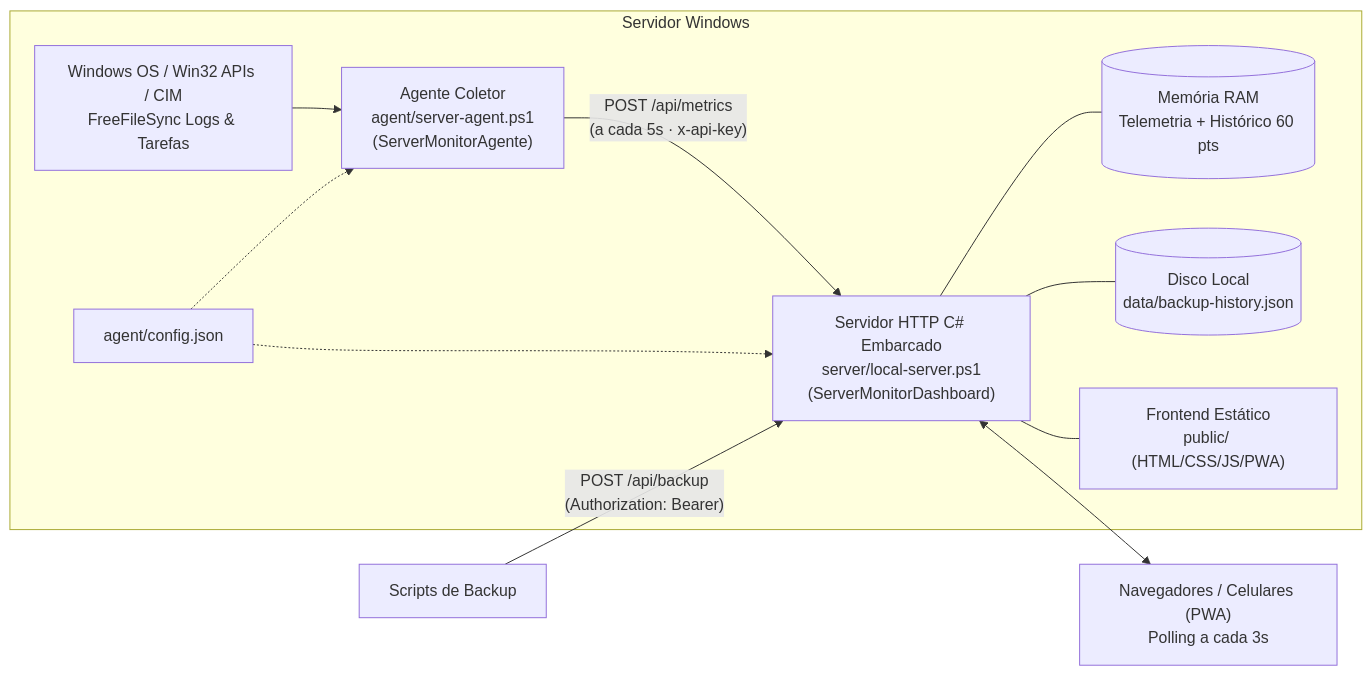
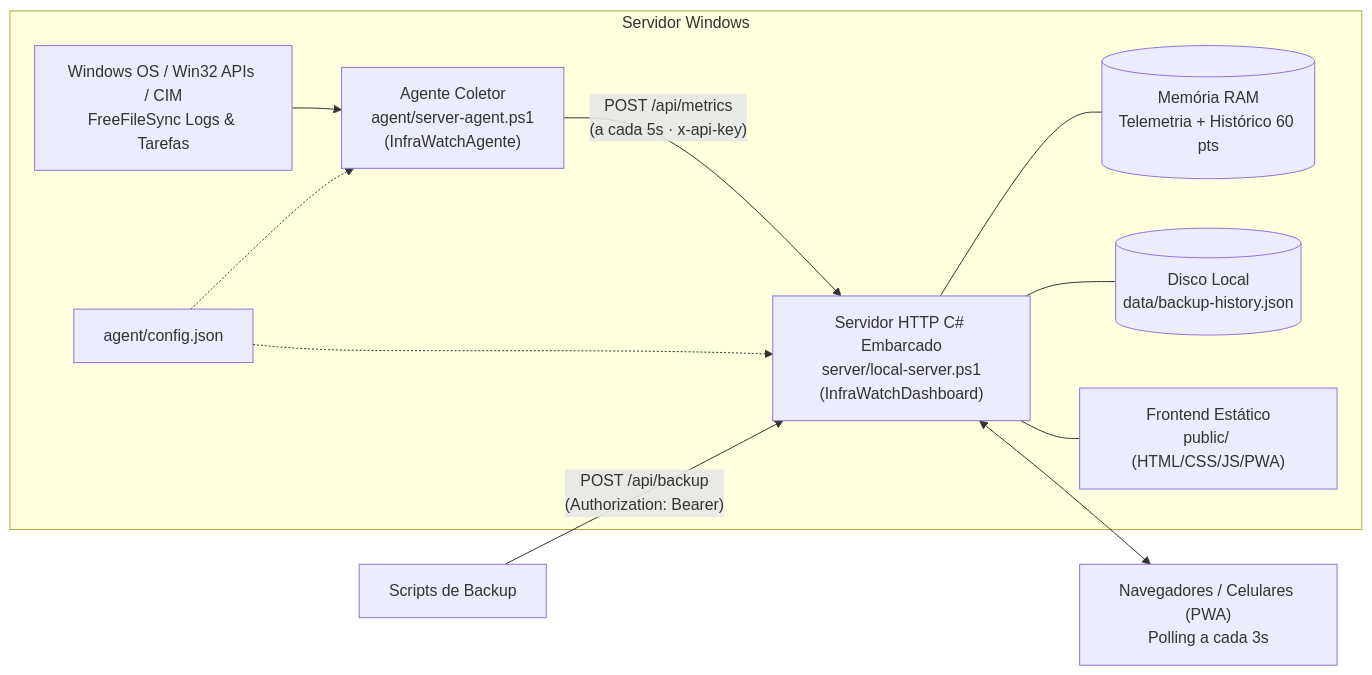
One commit to unnebell/Infra-Watch changed the diagram in DOCUMENTACAO.md. Above: the diagram before and after it, drawn with Mermaid. The commit also changed other lines of this file and 1 other file, not shown here.

````diff
--- a/DOCUMENTACAO.md
+++ b/DOCUMENTACAO.md
@@ -11,23 +11,23 @@
 ```mermaid
 flowchart LR
     subgraph SERVIDOR["Servidor Windows"]
         WIN["Windows OS / Win32 APIs / CIM<br/>FreeFileSync Logs & Tarefas"]
-        AGENT["Agente Coletor<br/>agent/server-agent.ps1<br/>(ServerMonitorAgente)"]
+        AGENT["Agente Coletor<br/>agent/server-agent.ps1<br/>(InfraWatchAgente)"]
         CFG["agent/config.json"]
-        HTTP["Servidor HTTP C# Embarcado<br/>server/local-server.ps1<br/>(ServerMonitorDashboard)"]
+        HTTP["Servidor HTTP C# Embarcado<br/>server/local-server.ps1<br/>(InfraWatchDashboard)"]
         MEM[("Memória RAM<br/>Telemetria + Histórico 60 pts")]
         DISK[("Disco Local<br/>data/backup-history.json")]
         PUB["Frontend Estático<br/>public/ (HTML/CSS/JS/PWA)"]
 
         WIN --> AGENT
         CFG -.-> AGENT
         CFG -.-> HTTP
         AGENT -- "POST /api/metrics<br/>(a cada 5s · x-api-key)" --> HTTP
         HTTP --- MEM
         HTTP --- DISK
         HTTP --- PUB
     end
 
     EXT["Scripts de Backup"] -- "POST /api/backup<br/>(Authorization: Bearer)" --> HTTP
     HTTP <--> CLIENT["Navegadores / Celulares (PWA)<br/>Polling a cada 3s"]
 ```
````
